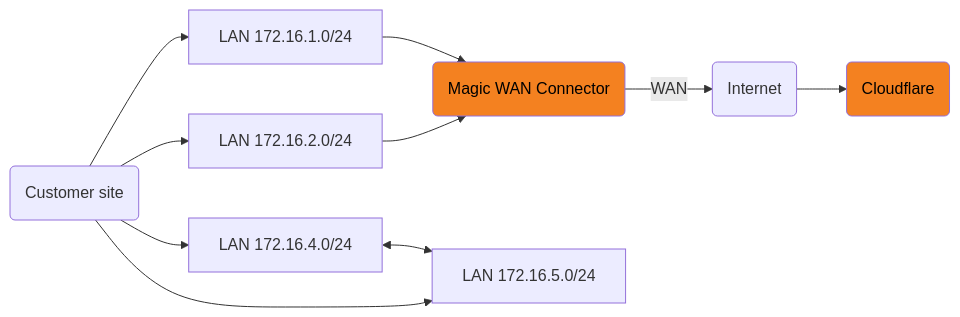
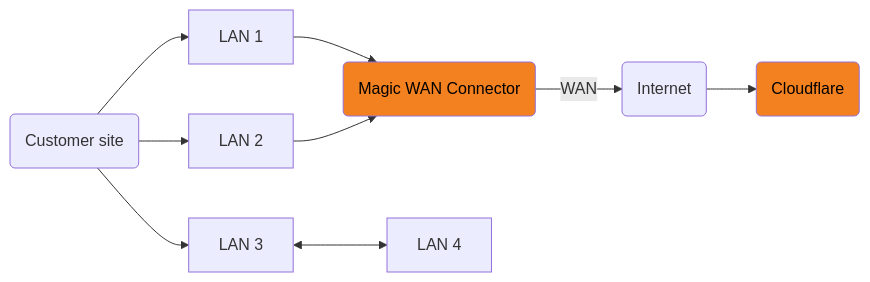
The diagram in content/magic-wan/configuration/connector/network-options/network-segmentation.md (cloudflare/cloudflare-docs), drawn with Mermaid before and after one commit. The commit also changed 1 other file, not shown here.

Commit message:
refined graphs

````diff
--- a/content/magic-wan/configuration/connector/network-options/network-segmentation.md
+++ b/content/magic-wan/configuration/connector/network-options/network-segmentation.md
@@ -10,11 +10,11 @@
 ```mermaid
 flowchart LR
 accTitle: In this example, there are LANs where traffic flows between each other, instead of going to Cloudflare first.
     a(Magic WAN Connector)-->|WAN|b(Internet) --> c(Cloudflare)
-    d[LAN 172.16.1.0/24] --> a
-    e[LAN 172.16.2.0/24] --> a
-    g[LAN 172.16.4.0/24] <--> h[LAN 172.16.5.0/24]
-    f(Customer site) --> d & e & g & h
+    d[LAN 1] --> a
+    e[LAN 2] --> a
+    g[LAN 3] <--> h[LAN 4]
+    f(Customer site) --> d & e & g
     classDef orange fill:#f48120,color: black
     class a,c orange
 ```
````
